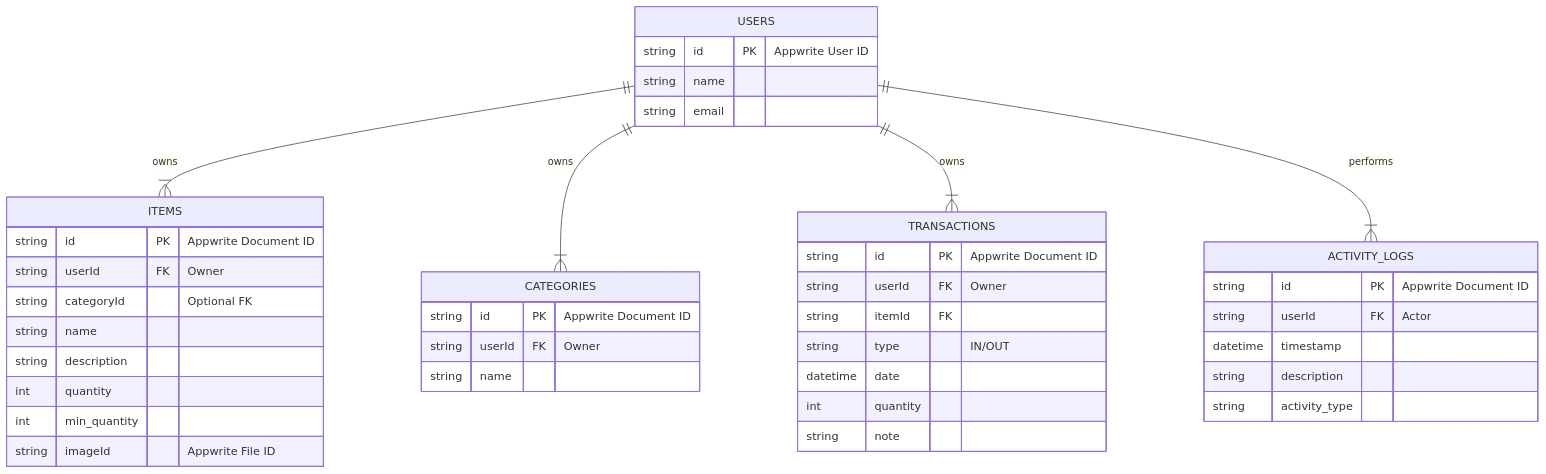
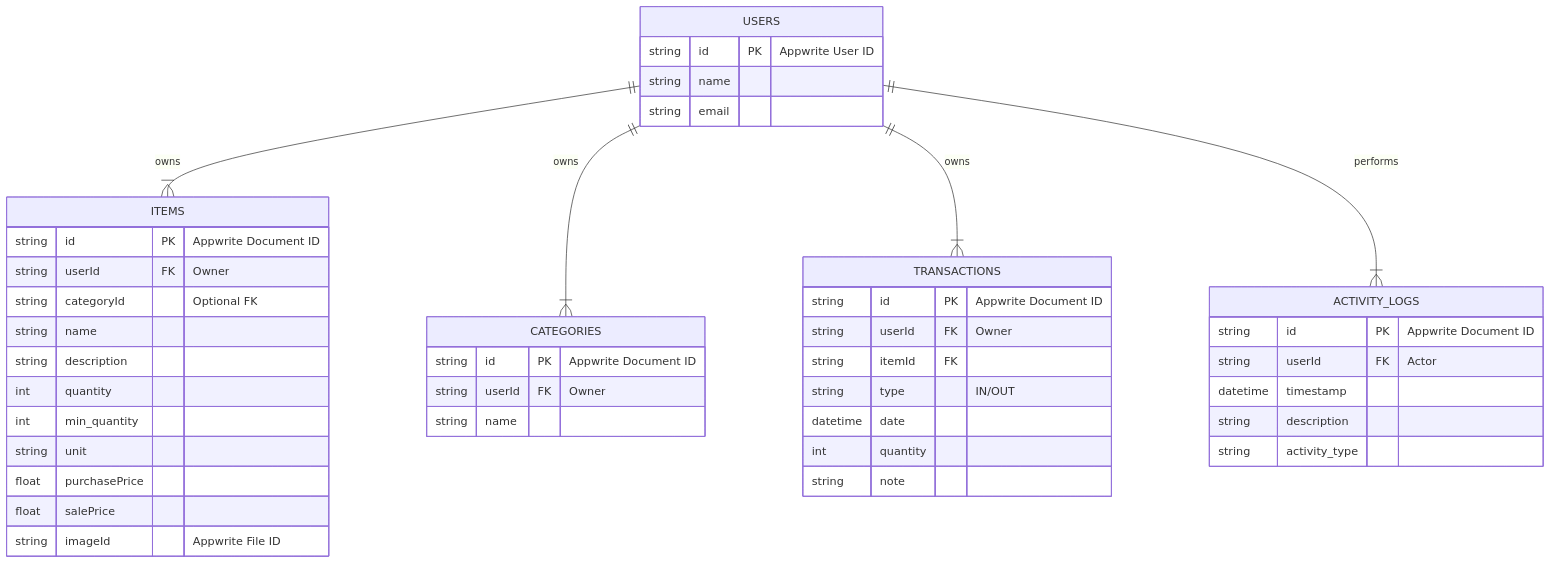
The diagram in ERD.md (azharmlnf/inventory-apps), drawn with Mermaid before and after one commit. The commit also changed 8 other files, not shown here.

````diff
--- a/ERD.md
+++ b/ERD.md
@@ -4,48 +4,51 @@
 ```mermaid
 erDiagram
     USERS ||--|{ ITEMS : "owns"
     USERS ||--|{ CATEGORIES : "owns"
     USERS ||--|{ TRANSACTIONS : "owns"
     USERS ||--|{ ACTIVITY_LOGS : "performs"
     
     USERS {
         string id PK "Appwrite User ID"
         string name
         string email
     }
 
     ITEMS {
         string id PK "Appwrite Document ID"
         string userId FK "Owner"
         string categoryId "Optional FK"
         string name
         string description
         int quantity
         int min_quantity
+        string unit
+        float purchasePrice
+        float salePrice
         string imageId "Appwrite File ID"
     }
 
     CATEGORIES {
         string id PK "Appwrite Document ID"
         string userId FK "Owner"
         string name
     }
 
     TRANSACTIONS {
         string id PK "Appwrite Document ID"
         string userId FK "Owner"
         string itemId FK
         string type "IN/OUT"
         datetime date
         int quantity
         string note
     }
 
     ACTIVITY_LOGS {
         string id PK "Appwrite Document ID"
         string userId FK "Actor"
         datetime timestamp
         string description
         string activity_type
     }
 ```
````
